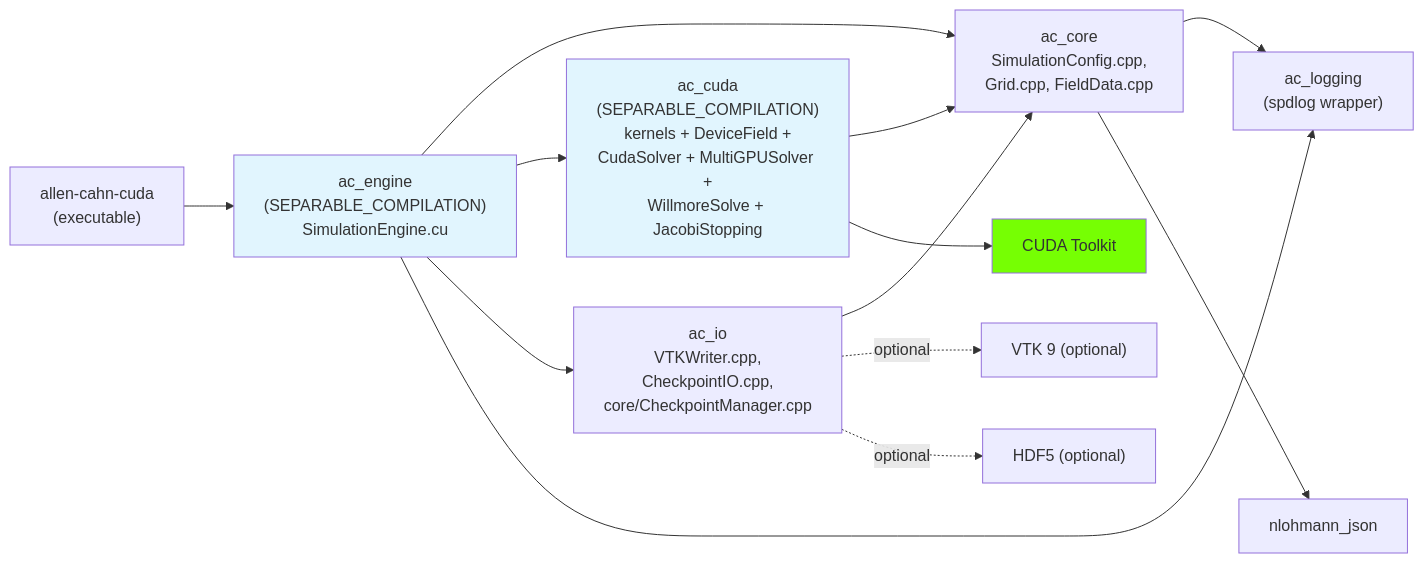
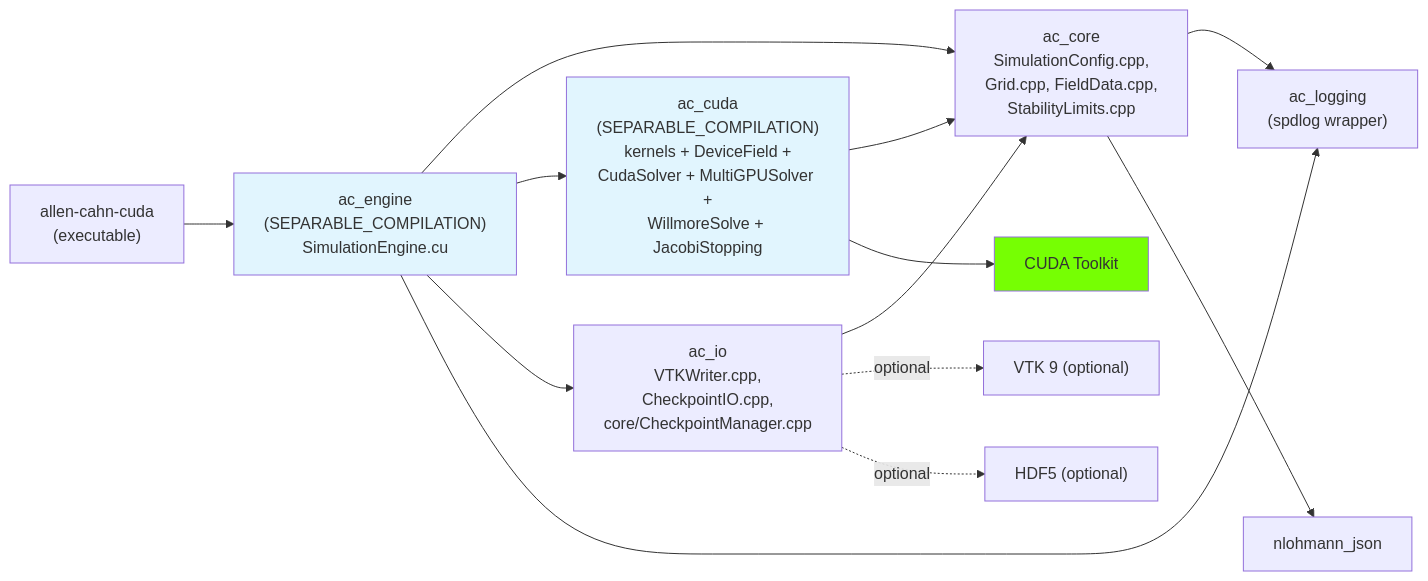
One commit to myousefi2016/Allen-Cahn-CUDA changed the second of 9 diagrams in docs/ARCHITECTURE.md. Above: the diagram before and after it, drawn with Mermaid. The commit also changed other lines of this file and 16 other files, not shown here.

````diff
--- a/docs/ARCHITECTURE.md
+++ b/docs/ARCHITECTURE.md
@@ -93,30 +96,30 @@
 ```mermaid
 graph LR
     aclog["ac_logging<br/>(spdlog wrapper)"]
-    accore["ac_core<br/>SimulationConfig.cpp,<br/>Grid.cpp, FieldData.cpp"]
+    accore["ac_core<br/>SimulationConfig.cpp,<br/>Grid.cpp, FieldData.cpp,<br/>StabilityLimits.cpp"]
     accuda["ac_cuda<br/>(SEPARABLE_COMPILATION)<br/>kernels + DeviceField +<br/>CudaSolver + MultiGPUSolver +<br/>WillmoreSolve + JacobiStopping"]
     acio["ac_io<br/>VTKWriter.cpp,<br/>CheckpointIO.cpp,<br/>core/CheckpointManager.cpp"]
     acengine["ac_engine<br/>(SEPARABLE_COMPILATION)<br/>SimulationEngine.cu"]
     exe["allen-cahn-cuda<br/>(executable)"]
     json["nlohmann_json"]
     cuda["CUDA Toolkit"]
     vtk["VTK 9 (optional)"]
     hdf5["HDF5 (optional)"]
 
     accore --> aclog
     accore --> json
     accuda --> accore
     accuda --> cuda
     acio --> accore
     acio -.optional.-> vtk
     acio -.optional.-> hdf5
     acengine --> accore
     acengine --> accuda
     acengine --> acio
     acengine --> aclog
     exe --> acengine
 
     style accuda fill:#e1f5fe
     style acengine fill:#e1f5fe
     style cuda fill:#76ff03
 ```
````
